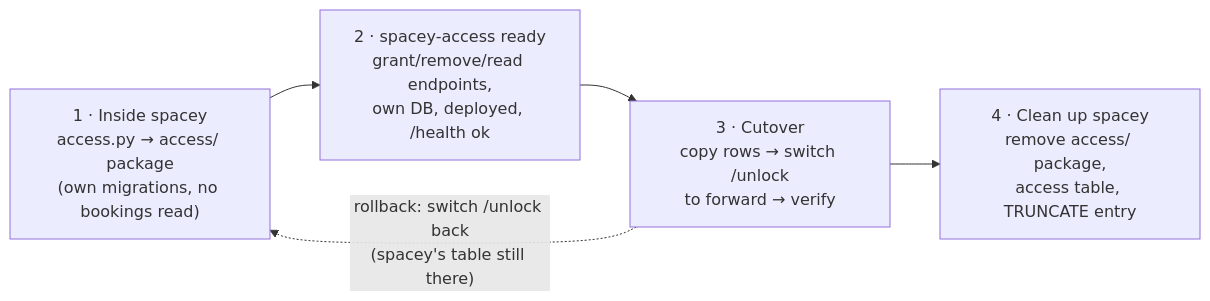
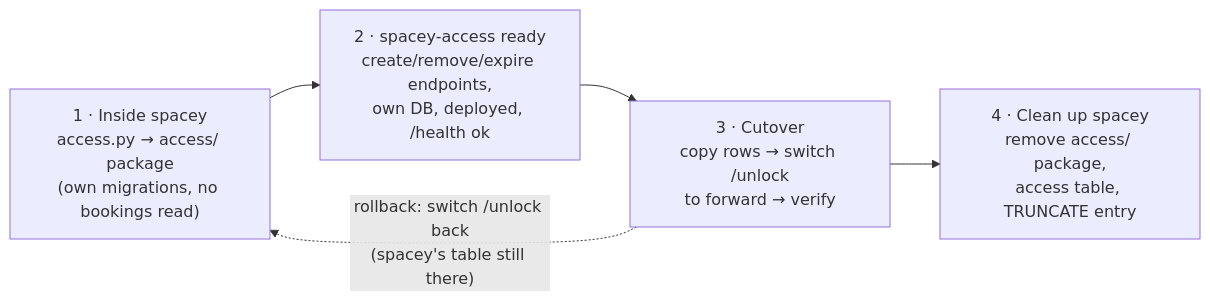
The diagram in docs/migrate-from-spacey.md (cs403bkk-2026/spacey-access), drawn with Mermaid before and after one commit. The commit also changed other lines of this file and 3 other files, not shown here.

````diff
--- a/docs/migrate-from-spacey.md
+++ b/docs/migrate-from-spacey.md
@@ -24,9 +24,9 @@
 ```mermaid
 flowchart LR
     S1["1 · Inside spacey<br/>access.py → access/ package<br/>(own migrations, no bookings read)"]
-    S2["2 · spacey-access ready<br/>grant/remove/read endpoints,<br/>own DB, deployed, /health ok"]
+    S2["2 · spacey-access ready<br/>create/remove/expire endpoints,<br/>own DB, deployed, /health ok"]
     S3["3 · Cutover<br/>copy rows → switch /unlock<br/>to forward → verify"]
     S4["4 · Clean up spacey<br/>remove access/ package,<br/>access table, TRUNCATE entry"]
     S1 --> S2 --> S3 --> S4
     S3 -. "rollback: switch /unlock back<br/>(spacey's table still there)" .-> S1
 ```
````
